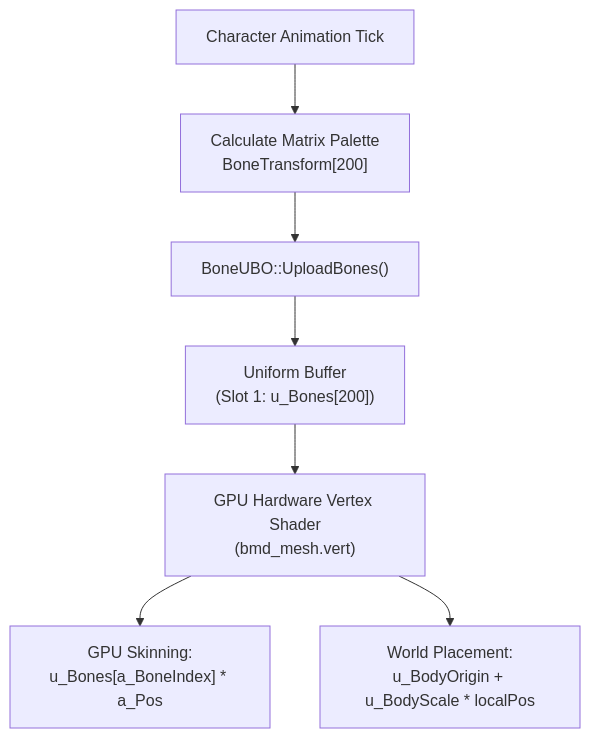
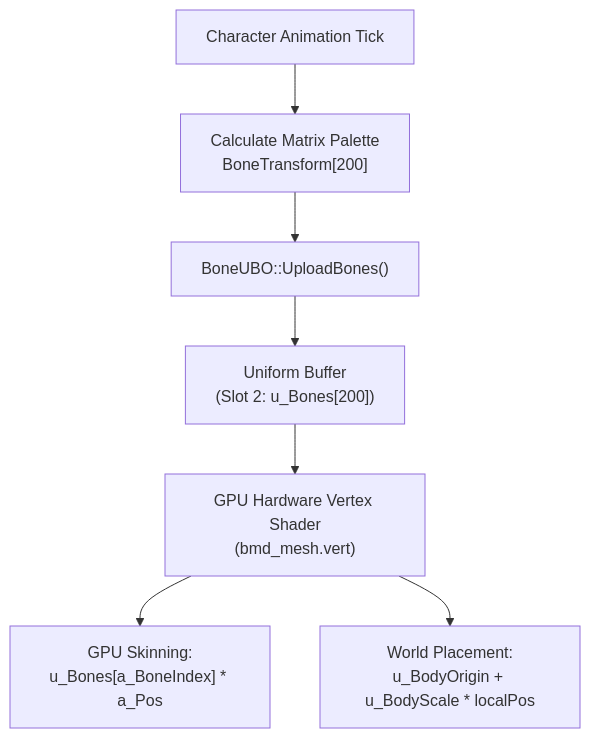
Before and after one commit to sven-n/MuMain: the first of 4 diagrams in docs/GPU Skinning/gpu-skinning-architecture.md, drawn with Mermaid. The commit also changed other lines of this file and 3 other files, not shown here.

````diff
--- a/docs/GPU Skinning/gpu-skinning-architecture.md
+++ b/docs/GPU Skinning/gpu-skinning-architecture.md
@@ -13,9 +13,9 @@
 ```mermaid
 graph TD
     A["Character Animation Tick"] --> B["Calculate Matrix Palette<br>BoneTransform[200]"]
     B --> C["BoneUBO::UploadBones()"]
-    C --> D["Uniform Buffer<br>(Slot 1: u_Bones[200])"]
+    C --> D["Uniform Buffer<br>(Slot 2: u_Bones[200])"]
     D --> E["GPU Hardware Vertex Shader<br>(bmd_mesh.vert)"]
     E --> F["GPU Skinning:<br>u_Bones[a_BoneIndex] * a_Pos"]
     E --> G["World Placement:<br>u_BodyOrigin + u_BodyScale * localPos"]
 ```
````
